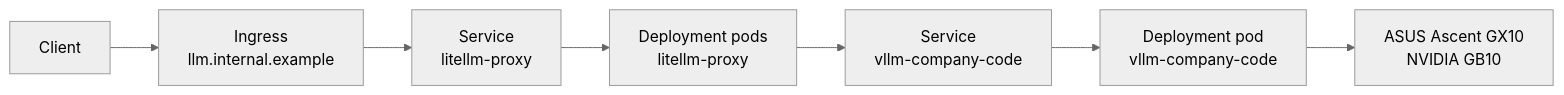
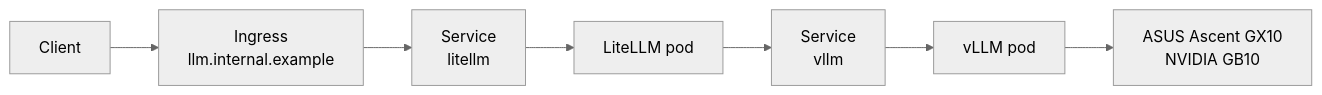
Before and after one commit to CopyPasteFail/llm-on-prem: the second of 2 diagrams in docs/kubernetes.md, drawn with Mermaid (neutral theme). The commit also changed other lines of this file, not shown here.

````diff
--- a/docs/kubernetes.md
+++ b/docs/kubernetes.md
@@ -111,9 +69,9 @@
 ```mermaid
 flowchart LR
     client["Client"] --> ingress["Ingress\nllm.internal.example"]
-    ingress --> svc_litellm["Service\nlitellm-proxy"]
-    svc_litellm --> pod_litellm["Deployment pods\nlitellm-proxy"]
-    pod_litellm --> svc_vllm["Service\nvllm-company-code"]
-    svc_vllm --> pod_vllm["Deployment pod\nvllm-company-code"]
-    pod_vllm --> gx10["ASUS Ascent GX10\nNVIDIA GB10"]
+    ingress --> litellmSvc["Service\nlitellm"]
+    litellmSvc --> litellmPod["LiteLLM pod"]
+    litellmPod --> vllmSvc["Service\nvllm"]
+    vllmSvc --> vllmPod["vLLM pod"]
+    vllmPod --> gx10["ASUS Ascent GX10\nNVIDIA GB10"]
 ```
````
